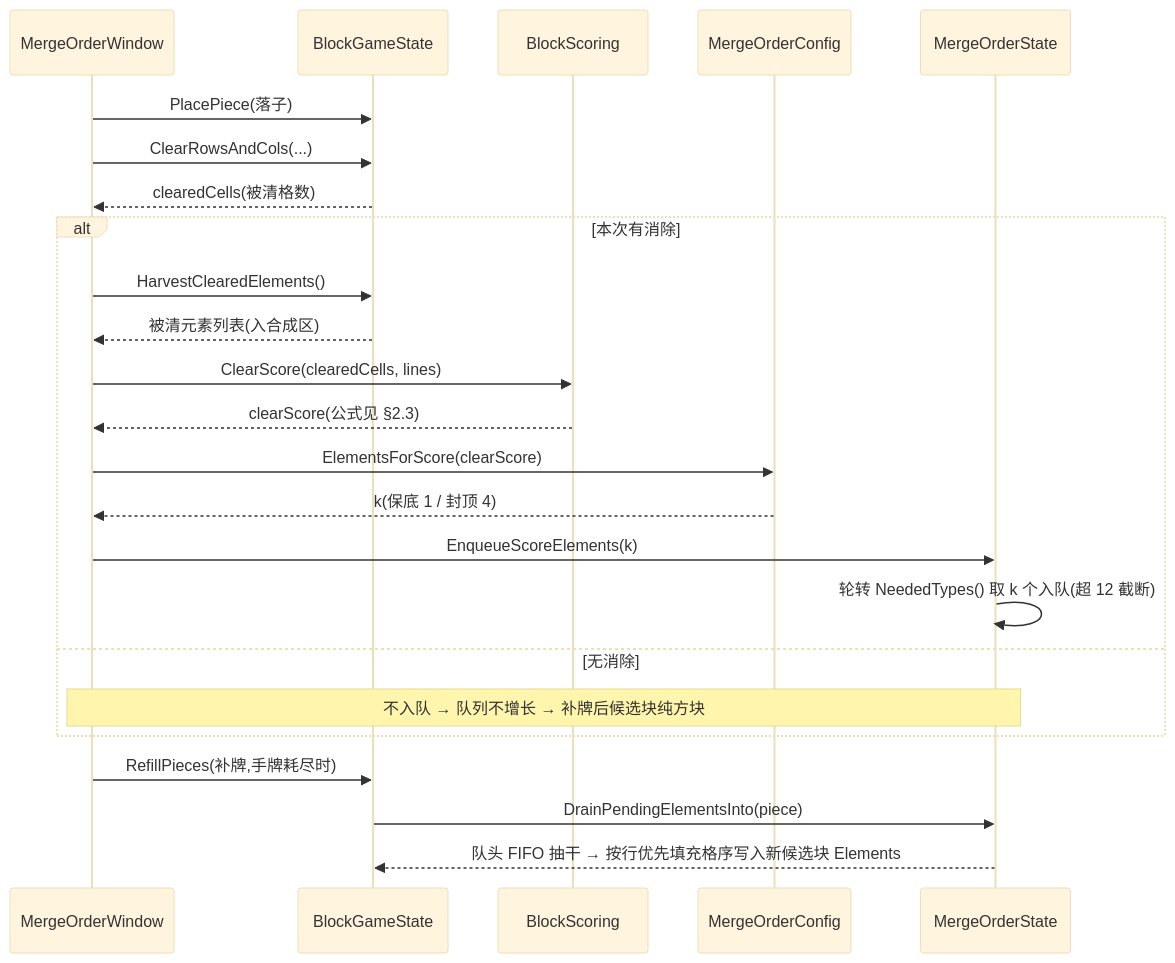
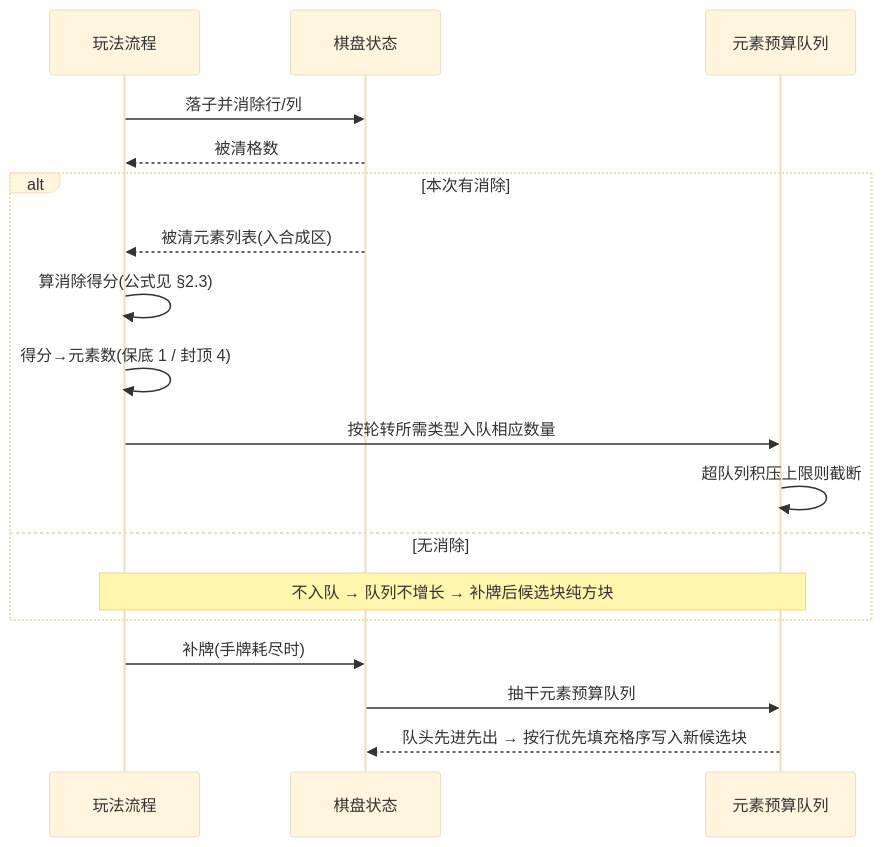
The third of 3 diagrams in UnityProject/design-docs/10-score-element-rm-collect.md (zhoupeng921101/TEngine_zp), drawn with Mermaid (base theme) before and after one commit. The commit also changed other lines of this file and 20 other files, not shown here.

````diff
--- a/UnityProject/design-docs/10-score-element-rm-collect.md
+++ b/UnityProject/design-docs/10-score-element-rm-collect.md
@@ -152,26 +151,20 @@
 ```mermaid
 sequenceDiagram
-    participant W as MergeOrderWindow
-    participant G as BlockGameState
-    participant S as BlockScoring
-    participant C as MergeOrderConfig
-    participant T as MergeOrderState
-    W->>G: PlacePiece(落子)
-    W->>G: ClearRowsAndCols(...)
-    G-->>W: clearedCells(被清格数)
+    participant W as 玩法流程
+    participant G as 棋盘状态
+    participant T as 元素预算队列
+    W->>G: 落子并消除行/列
+    G-->>W: 被清格数
     alt 本次有消除
-        W->>G: HarvestClearedElements()
         G-->>W: 被清元素列表(入合成区)
-        W->>S: ClearScore(clearedCells, lines)
-        S-->>W: clearScore(公式见 §2.3)
-        W->>C: ElementsForScore(clearScore)
-        C-->>W: k(保底 1 / 封顶 4)
-        W->>T: EnqueueScoreElements(k)
-        T->>T: 轮转 NeededTypes() 取 k 个入队(超 12 截断)
+        W->>W: 算消除得分(公式见 §2.3)
+        W->>W: 得分→元素数(保底 1 / 封顶 4)
+        W->>T: 按轮转所需类型入队相应数量
+        T->>T: 超队列积压上限则截断
     else 无消除
         Note over W,T: 不入队 → 队列不增长 → 补牌后候选块纯方块
     end
-    W->>G: RefillPieces(补牌,手牌耗尽时)
-    G->>T: DrainPendingElementsInto(piece)
-    T-->>G: 队头 FIFO 抽干 → 按行优先填充格序写入新候选块 Elements
+    W->>G: 补牌(手牌耗尽时)
+    G->>T: 抽干元素预算队列
+    T-->>G: 队头先进先出 → 按行优先填充格序写入新候选块
 ```
````
